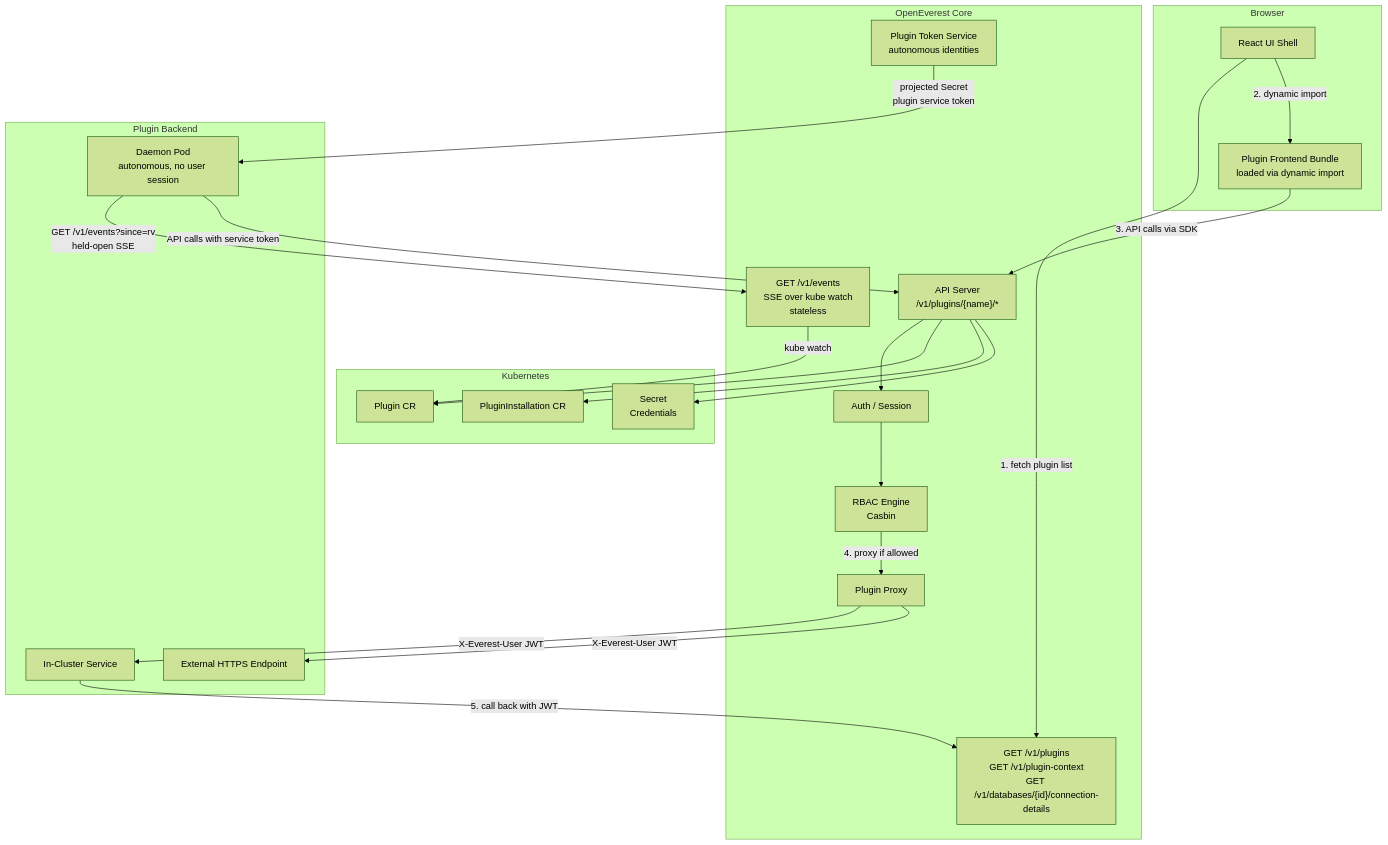
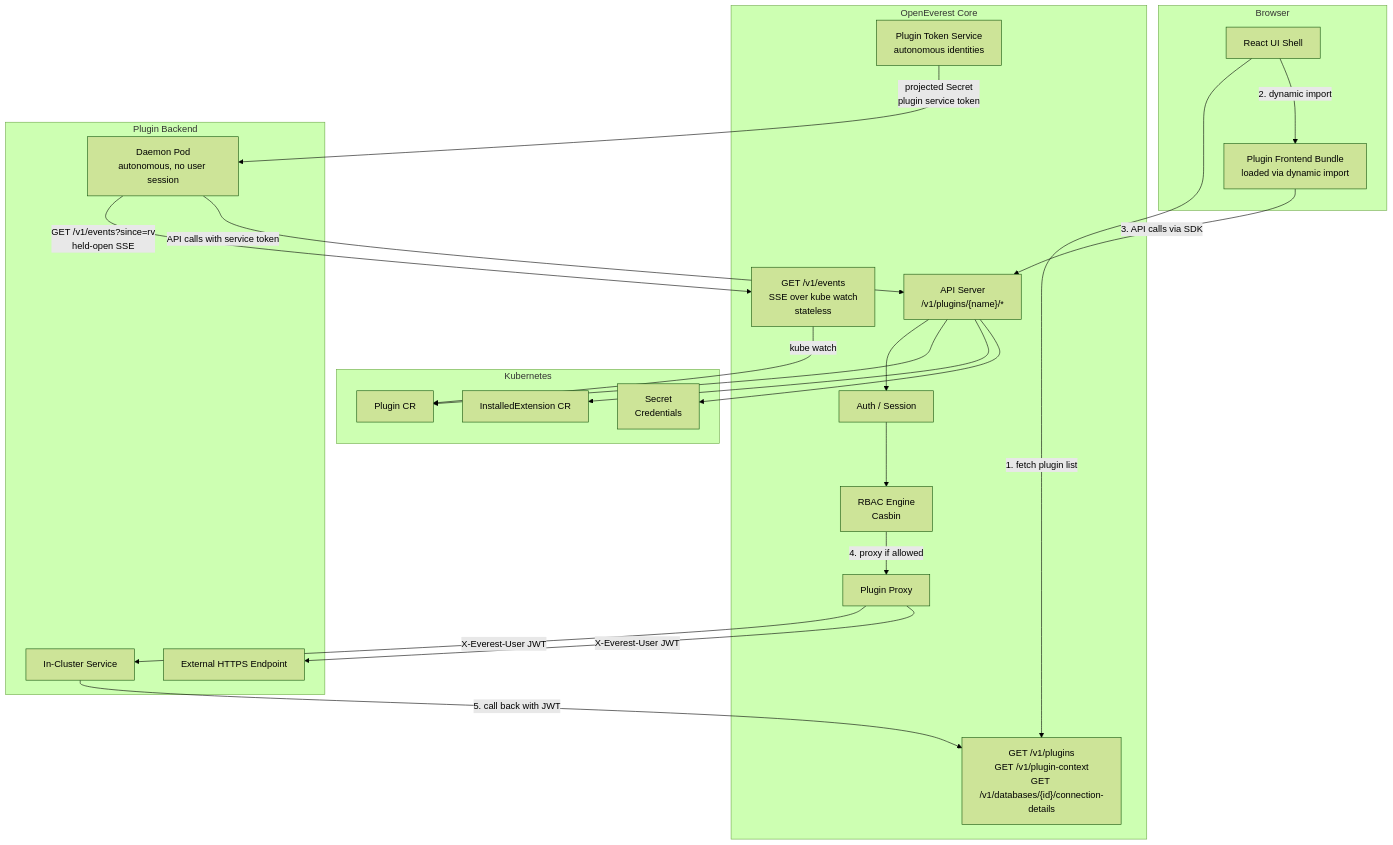
The diagram in specs/003-generic-plugins.md (openeverest/specs), drawn with Mermaid (forest theme) before and after one commit. The commit also changed other lines of this file, not shown here.

````diff
--- a/specs/003-generic-plugins.md
+++ b/specs/003-generic-plugins.md
@@ -876,46 +876,46 @@
 ```mermaid
 graph TB
     subgraph Browser
         Shell[React UI Shell]
         Bundle[Plugin Frontend Bundle\nloaded via dynamic import]
     end
 
     subgraph OpenEverest Core
         API["API Server\n/v1/plugins/{name}/*"]
         Auth[Auth / Session]
         RBAC[RBAC Engine\nCasbin]
         Proxy[Plugin Proxy]
         EventStream[GET /v1/events\nSSE over kube watch\nstateless]
         TokenSvc[Plugin Token Service\nautonomous identities]
         PluginAPI["GET /v1/plugins\nGET /v1/plugin-context\nGET /v1/databases/{id}/connection-details"]
     end
 
     subgraph Kubernetes
         PluginCR[Plugin CR]
-        PIcr[PluginInstallation CR]
+        PIcr[InstalledExtension CR]
         Secret[Secret\nCredentials]
     end
 
     subgraph Plugin Backend
         InCluster[In-Cluster Service]
         External[External HTTPS Endpoint]
         Daemon[Daemon Pod\nautonomous, no user session]
     end
 
     Shell -->|1. fetch plugin list| PluginAPI
     Shell -->|2. dynamic import| Bundle
     Bundle -->|3. API calls via SDK| API
     API --> Auth
     Auth --> RBAC
     RBAC -->|4. proxy if allowed| Proxy
     Proxy -->|X-Everest-User JWT| InCluster
     Proxy -->|X-Everest-User JWT| External
     InCluster -->|5. call back with JWT| PluginAPI
     Daemon -->|GET /v1/events?since=rv\nheld-open SSE| EventStream
     EventStream -->|kube watch| PluginCR
     TokenSvc -->|projected Secret\nplugin service token| Daemon
     Daemon -->|API calls with service token| API
     API --> PluginCR
     API --> PIcr
     API --> Secret
 ```
````
